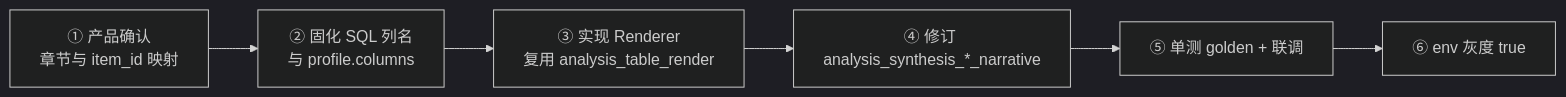
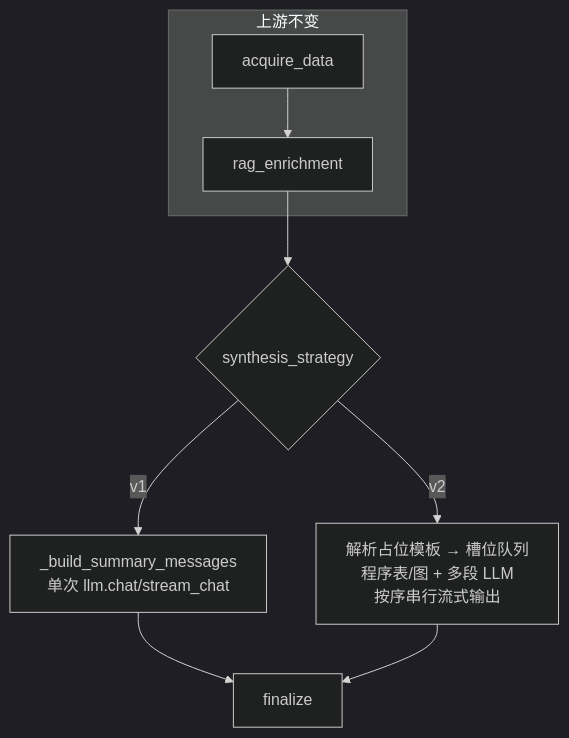
One commit to gaocf888/models_app_framework changed the diagram in docs/综合分析优化版本实现方案(v2版本).md. Above: the diagram before and after it, drawn with Mermaid (dark theme). The commit also changed other lines of this file and 1 other file, not shown here.

````diff
--- a/docs/综合分析优化版本实现方案(v2版本).md
+++ b/docs/综合分析优化版本实现方案(v2版本).md
@@ -159,8 +33,11 @@
 ```mermaid
-flowchart LR
-    A["① 产品确认\n章节与 item_id 映射"] --> B["② 固化 SQL 列名\n与 profile.columns"]
-    B --> C["③ 实现 Renderer\n复用 analysis_table_render"]
-    C --> D["④ 修订 analysis_synthesis_*_narrative"]
-    D --> E["⑤ 单测 golden + 联调"]
-    E --> F["⑥ env 灰度 true"]
+flowchart TB
+  subgraph upstream [上游不变]
+    A[acquire_data] --> B[rag_enrichment]
+  end
+  B --> C{synthesis_strategy}
+  C -->|v1| V1["_build_summary_messages\n单次 llm.chat/stream_chat"]
+  C -->|v2| V2["解析占位模板 → 槽位队列\n程序表/图 + 多段 LLM\n按序串行流式输出"]
+  V1 --> F[finalize]
+  V2 --> F
 ```
````
